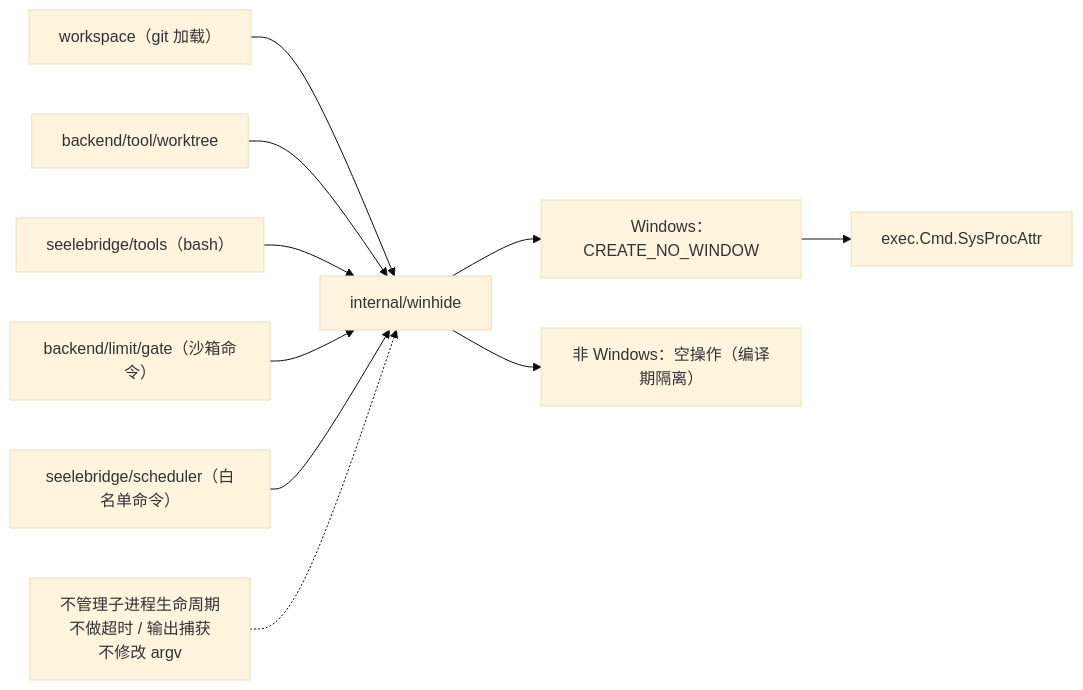
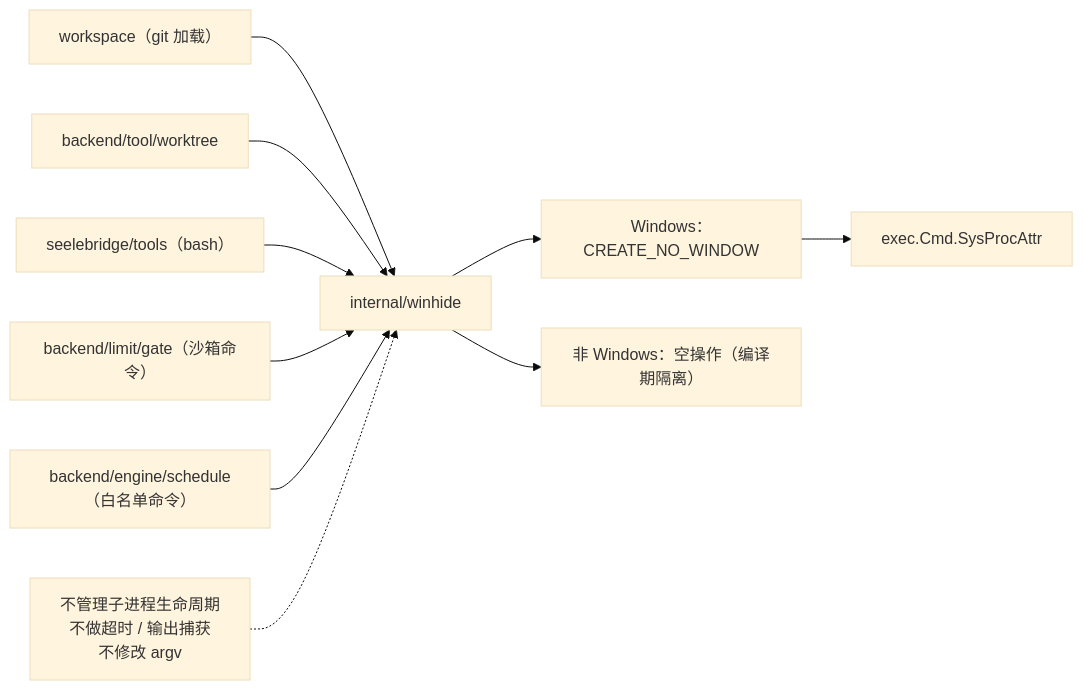
Before and after one commit to RedHuang-0622/seelex: the diagram in internal/winhide/README.md, drawn with Mermaid (base theme). The commit also changed other lines of this file and 20 other files, not shown here.

First line of the commit message:
refactor(arch): M4-C2 seelebridge/scheduler 整包归位 backend/engine/schedule（包名 scheduler -> schedule）

````diff
--- a/internal/winhide/README.md
+++ b/internal/winhide/README.md
@@ -14,12 +14,12 @@
 ```mermaid
 flowchart LR
     W["workspace（git 加载）"] --> H["internal/winhide"]
     WT["backend/tool/worktree"] --> H
     T["seelebridge/tools（bash）"] --> H
     SEC["backend/limit/gate（沙箱命令）"] --> H
-    SCH["seelebridge/scheduler（白名单命令）"] --> H
+    SCH["backend/engine/schedule（白名单命令）"] --> H
     H --> WIN["Windows：CREATE_NO_WINDOW"]
     H --> OTHER["非 Windows：空操作（编译期隔离）"]
     WIN --> CMD["exec.Cmd.SysProcAttr"]
     NOTE["不管理子进程生命周期<br/>不做超时 / 输出捕获<br/>不修改 argv"] -.-> H
 ```
````
